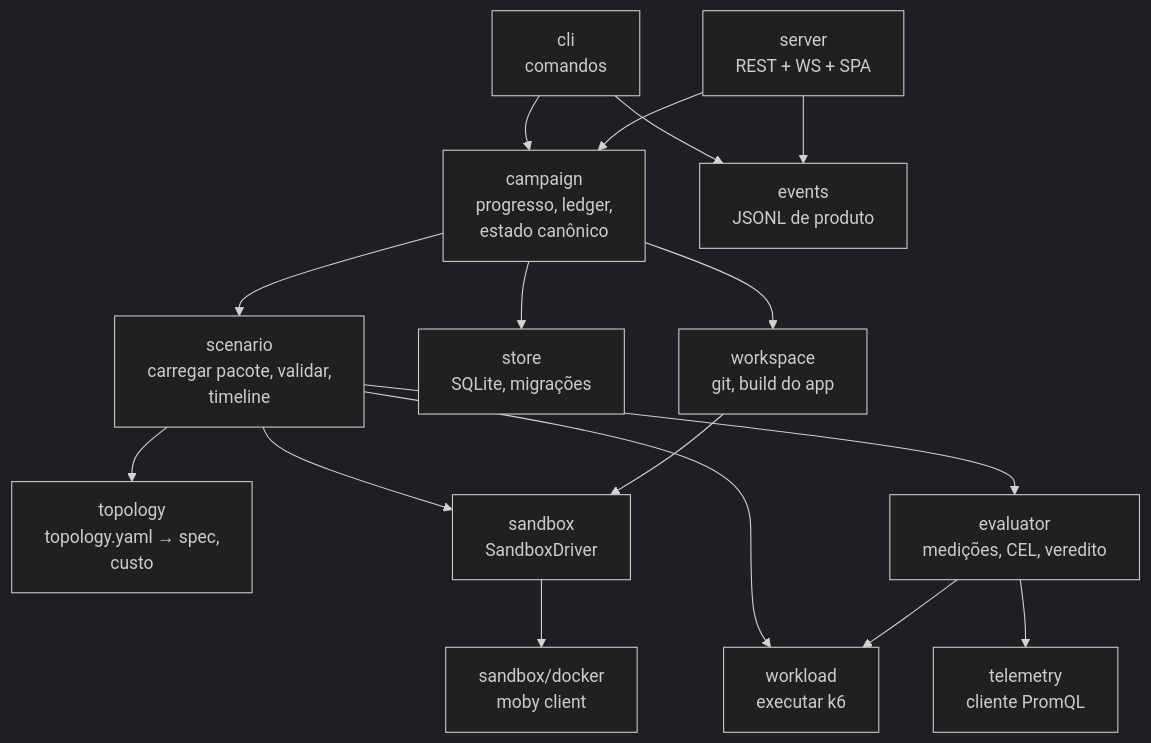
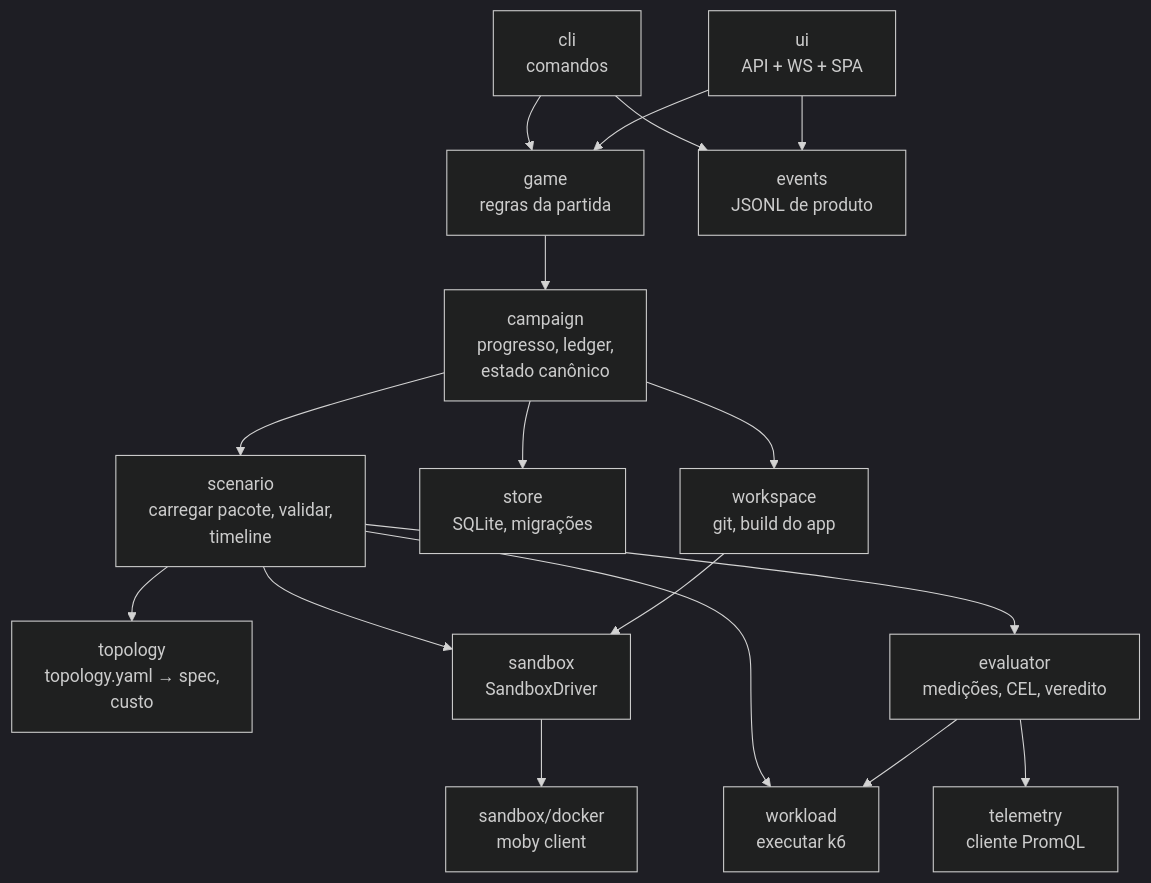
Before and after one commit to Bappoz/mercado-lerdo: the third of 6 diagrams in docs/architecture/overview.md, drawn with Mermaid (dark theme). The commit also changed other lines of this file and 61 other files, not shown here.

````diff
--- a/docs/architecture/overview.md
+++ b/docs/architecture/overview.md
@@ -113,31 +113,33 @@
 ```mermaid
 flowchart TB
     cli["cli<br/>comandos"]
-    server["server<br/>REST + WS + SPA"]
+    server["ui<br/>API + WS + SPA"]
+    game["game<br/>regras da partida"]
     campaign["campaign<br/>progresso, ledger,<br/>estado canônico"]
     scenario["scenario<br/>carregar pacote, validar,<br/>timeline"]
     topology["topology<br/>topology.yaml → spec,<br/>custo"]
     sandbox["sandbox<br/>SandboxDriver"]
     dockerdrv["sandbox/docker<br/>moby client"]
     workload["workload<br/>executar k6"]
     telemetry["telemetry<br/>cliente PromQL"]
     evaluator["evaluator<br/>medições, CEL, veredito"]
     store["store<br/>SQLite, migrações"]
     events["events<br/>JSONL de produto"]
     wsp["workspace<br/>git, build do app"]
 
-    cli --> campaign
-    server --> campaign
+    cli --> game
+    server --> game
+    game --> campaign
     campaign --> scenario
     campaign --> store
     scenario --> topology
     scenario --> sandbox
     scenario --> workload
     scenario --> evaluator
     sandbox --> dockerdrv
     evaluator --> telemetry
     evaluator --> workload
     wsp --> sandbox
     campaign --> wsp
     cli & server --> events
 ```
````
